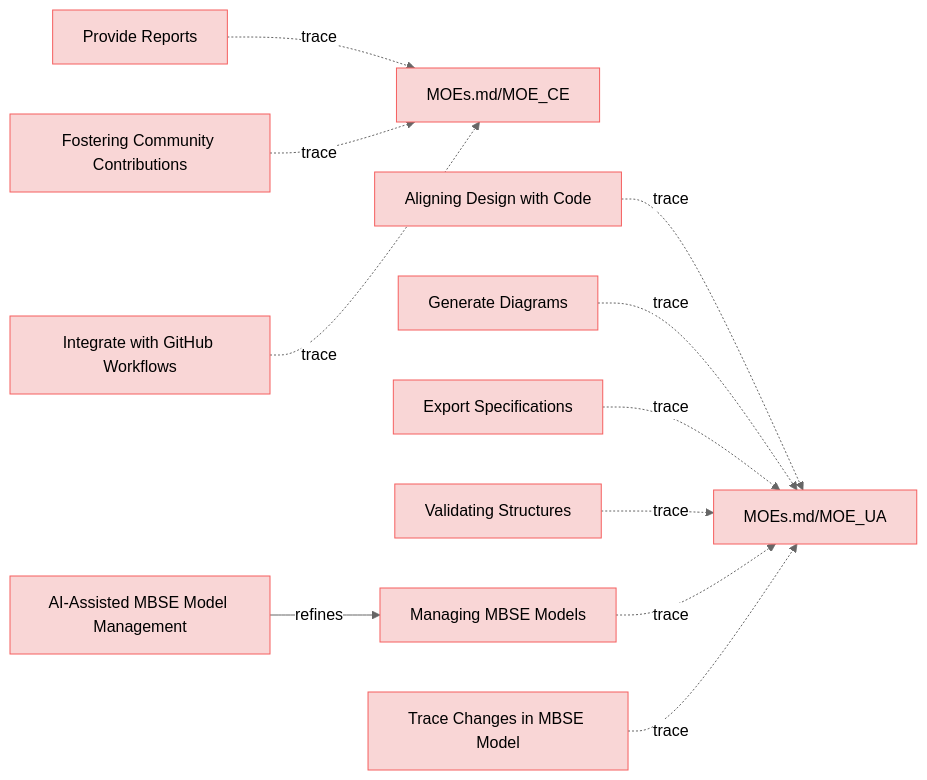
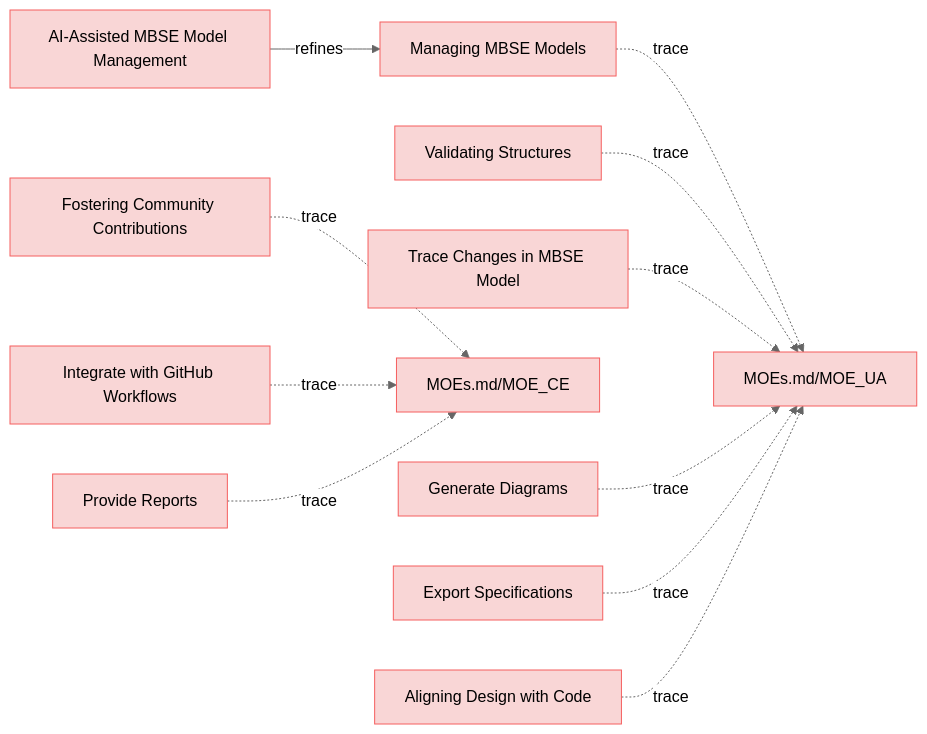
One commit to reqvire-org/reqvire changed the diagram in specifications/UserStories.md. Above: the diagram before and after it, drawn with Mermaid (neutral theme). The commit also changed 15 other files, not shown here.

Commit message:
Linted and new diagrams generated.

````diff
--- a/specifications/UserStories.md
+++ b/specifications/UserStories.md
@@ -12,55 +12,55 @@
 ```mermaid
 graph LR;
   %% Graph styling
   classDef requirement fill:#f9d6d6,stroke:#f55f5f,stroke-width:1px;
   classDef verification fill:#d6f9d6,stroke:#5fd75f,stroke-width:1px;
   classDef externalLink fill:#d0e0ff,stroke:#3080ff,stroke-width:1px;
   classDef default fill:#f5f5f5,stroke:#333333,stroke-width:1px;
 
-  9cb6618c17d19a11["Provide Reports"];
-  click 9cb6618c17d19a11 "https://github.com/Reqvire/reqvire/blob/f18e52f9f88c64f67a79abc4e93eb74b3ec22615/specifications/UserStories.md#provide-reports";
-  class 9cb6618c17d19a11 requirement;
+  c75ac8fa29479ca5["Managing MBSE Models"];
+  click c75ac8fa29479ca5 "https://github.com/Reqvire/reqvire/blob/b8c43d2689b933838bf1838d8a4cdf3393c9014f/specifications/UserStories.md#managing-mbse-models";
+  class c75ac8fa29479ca5 requirement;
+  6c33f565725d5e41["MOEs.md/MOE_UA"];
+  class 6c33f565725d5e41 requirement;
+  click 6c33f565725d5e41 "https://github.com/Reqvire/reqvire/blob/b8c43d2689b933838bf1838d8a4cdf3393c9014f/specifications/MOEs.md#moe_ua";
+  c75ac8fa29479ca5 -.->|trace| 6c33f565725d5e41;
+  a0f9571f6563d9d3["Validating Structures"];
+  click a0f9571f6563d9d3 "https://github.com/Reqvire/reqvire/blob/b8c43d2689b933838bf1838d8a4cdf3393c9014f/specifications/UserStories.md#validating-structures";
+  class a0f9571f6563d9d3 requirement;
+  a0f9571f6563d9d3 -.->|trace| 6c33f565725d5e41;
+  2591b90e1fb90daa["Trace Changes in MBSE Model"];
+  click 2591b90e1fb90daa "https://github.com/Reqvire/reqvire/blob/b8c43d2689b933838bf1838d8a4cdf3393c9014f/specifications/UserStories.md#trace-changes-in-mbse-model";
+  class 2591b90e1fb90daa requirement;
+  2591b90e1fb90daa -.->|trace| 6c33f565725d5e41;
+  8fc677b7413bb247["AI-Assisted MBSE Model Management"];
+  click 8fc677b7413bb247 "https://github.com/Reqvire/reqvire/blob/b8c43d2689b933838bf1838d8a4cdf3393c9014f/specifications/UserStories.md#ai-assisted-mbse-model-management";
+  class 8fc677b7413bb247 requirement;
+  8fc677b7413bb247 -->|refines| c75ac8fa29479ca5;
+  b7a255ea304a325e["Fostering Community Contributions"];
+  click b7a255ea304a325e "https://github.com/Reqvire/reqvire/blob/b8c43d2689b933838bf1838d8a4cdf3393c9014f/specifications/UserStories.md#fostering-community-contributions";
+  class b7a255ea304a325e requirement;
   ac59f565725d5e41["MOEs.md/MOE_CE"];
   class ac59f565725d5e41 requirement;
-  click ac59f565725d5e41 "https://github.com/Reqvire/reqvire/blob/f18e52f9f88c64f67a79abc4e93eb74b3ec22615/specifications/MOEs.md#moe_ce";
-  9cb6618c17d19a11 -.->|trace| ac59f565725d5e41;
-  a9bc74070fc71e6d["Aligning Design with Code"];
-  click a9bc74070fc71e6d "https://github.com/Reqvire/reqvire/blob/f18e52f9f88c64f67a79abc4e93eb74b3ec22615/specifications/UserStories.md#aligning-design-with-code";
-  class a9bc74070fc71e6d requirement;
-  6c33f565725d5e41["MOEs.md/MOE_UA"];
-  class 6c33f565725d5e41 requirement;
-  click 6c33f565725d5e41 "https://github.com/Reqvire/reqvire/blob/f18e52f9f88c64f67a79abc4e93eb74b3ec22615/specifications/MOEs.md#moe_ua";
-  a9bc74070fc71e6d -.->|trace| 6c33f565725d5e41;
-  b7a255ea304a325e["Fostering Community Contributions"];
-  click b7a255ea304a325e "https://github.com/Reqvire/reqvire/blob/f18e52f9f88c64f67a79abc4e93eb74b3ec22615/specifications/UserStories.md#fostering-community-contributions";
-  class b7a255ea304a325e requirement;
+  click ac59f565725d5e41 "https://github.com/Reqvire/reqvire/blob/b8c43d2689b933838bf1838d8a4cdf3393c9014f/specifications/MOEs.md#moe_ce";
   b7a255ea304a325e -.->|trace| ac59f565725d5e41;
+  1563f8454019c887["Integrate with GitHub Workflows"];
+  click 1563f8454019c887 "https://github.com/Reqvire/reqvire/blob/b8c43d2689b933838bf1838d8a4cdf3393c9014f/specifications/UserStories.md#integrate-with-github-workflows";
+  class 1563f8454019c887 requirement;
+  1563f8454019c887 -.->|trace| ac59f565725d5e41;
   694c4bb24b10f0c7["Generate Diagrams"];
-  click 694c4bb24b10f0c7 "https://github.com/Reqvire/reqvire/blob/f18e52f9f88c64f67a79abc4e93eb74b3ec22615/specifications/UserStories.md#generate-diagrams";
+  click 694c4bb24b10f0c7 "https://github.com/Reqvire/reqvire/blob/b8c43d2689b933838bf1838d8a4cdf3393c9014f/specifications/UserStories.md#generate-diagrams";
   class 694c4bb24b10f0c7 requirement;
   694c4bb24b10f0c7 -.->|trace| 6c33f565725d5e41;
+  9cb6618c17d19a11["Provide Reports"];
+  click 9cb6618c17d19a11 "https://github.com/Reqvire/reqvire/blob/b8c43d2689b933838bf1838d8a4cdf3393c9014f/specifications/UserStories.md#provide-reports";
+  class 9cb6618c17d19a11 requirement;
+  9cb6618c17d19a11 -.->|trace| ac59f565725d5e41;
   3bb2096c4648e3ff["Export Specifications"];
-  click 3bb2096c4648e3ff "https://github.com/Reqvire/reqvire/blob/f18e52f9f88c64f67a79abc4e93eb74b3ec22615/specifications/UserStories.md#export-specifications";
+  click 3bb2096c4648e3ff "https://github.com/Reqvire/reqvire/blob/b8c43d2689b933838bf1838d8a4cdf3393c9014f/specifications/UserStories.md#export-specifications";
   class 3bb2096c4648e3ff requirement;
   3bb2096c4648e3ff -.->|trace| 6c33f565725d5e41;
-  1563f8454019c887["Integrate with GitHub Workflows"];
-  click 1563f8454019c887 "https://github.com/Reqvire/reqvire/blob/f18e52f9f88c64f67a79abc4e93eb74b3ec22615/specifications/UserStories.md#integrate-with-github-workflows";
-  class 1563f8454019c887 requirement;
-  1563f8454019c887 -.->|trace| ac59f565725d5e41;
-  a0f9571f6563d9d3["Validating Structures"];
-  click a0f9571f6563d9d3 "https://github.com/Reqvire/reqvire/blob/f18e52f9f88c64f67a79abc4e93eb74b3ec22615/specifications/UserStories.md#validating-structures";
-  class a0f9571f6563d9d3 requirement;
-  a0f9571f6563d9d3 -.->|trace| 6c33f565725d5e41;
-  c75ac8fa29479ca5["Managing MBSE Models"];
-  click c75ac8fa29479ca5 "https://github.com/Reqvire/reqvire/blob/f18e52f9f88c64f67a79abc4e93eb74b3ec22615/specifications/UserStories.md#managing-mbse-models";
-  class c75ac8fa29479ca5 requirement;
-  c75ac8fa29479ca5 -.->|trace| 6c33f565725d5e41;
-  8fc677b7413bb247["AI-Assisted MBSE Model Management"];
-  click 8fc677b7413bb247 "https://github.com/Reqvire/reqvire/blob/f18e52f9f88c64f67a79abc4e93eb74b3ec22615/specifications/UserStories.md#ai-assisted-mbse-model-management";
-  class 8fc677b7413bb247 requirement;
-  8fc677b7413bb247 -->|refines| c75ac8fa29479ca5;
-  2591b90e1fb90daa["Trace Changes in MBSE Model"];
-  click 2591b90e1fb90daa "https://github.com/Reqvire/reqvire/blob/f18e52f9f88c64f67a79abc4e93eb74b3ec22615/specifications/UserStories.md#trace-changes-in-mbse-model";
-  class 2591b90e1fb90daa requirement;
-  2591b90e1fb90daa -.->|trace| 6c33f565725d5e41;
+  a9bc74070fc71e6d["Aligning Design with Code"];
+  click a9bc74070fc71e6d "https://github.com/Reqvire/reqvire/blob/b8c43d2689b933838bf1838d8a4cdf3393c9014f/specifications/UserStories.md#aligning-design-with-code";
+  class a9bc74070fc71e6d requirement;
+  a9bc74070fc71e6d -.->|trace| 6c33f565725d5e41;
 ```
````
